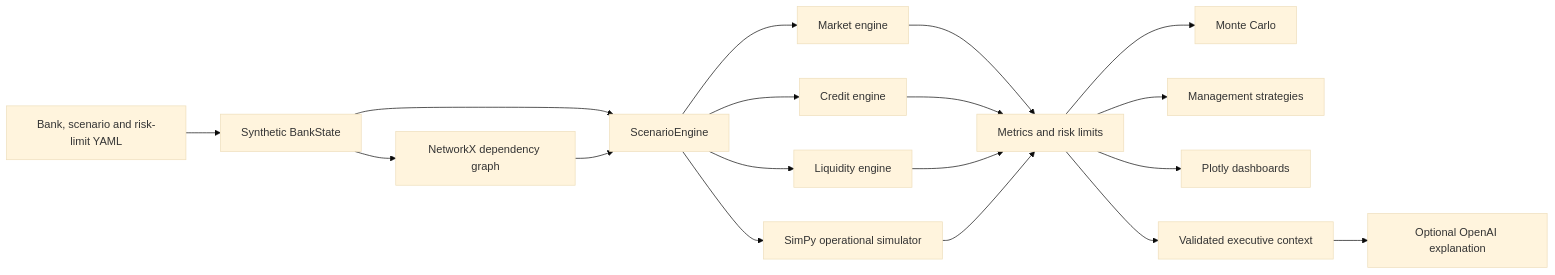
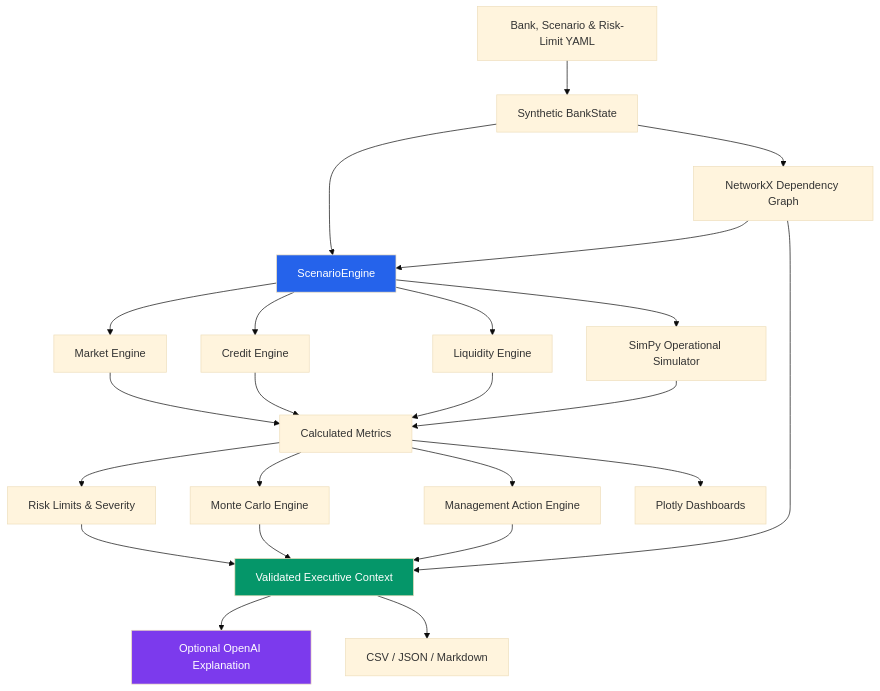
The diagram in README.md (debabratapruseth/AI-Financial-Digital-Twin), drawn with Mermaid (base theme) before and after one commit. The commit also changed other lines of this file, not shown here.

````diff
--- a/README.md
+++ b/README.md
@@ -22,23 +55,53 @@
 ```mermaid
-flowchart LR
-    YAML[Bank, scenario and risk-limit YAML] --> BANK[Synthetic BankState]
-    BANK --> GRAPH[NetworkX dependency graph]
-    BANK --> ENGINE[ScenarioEngine]
+flowchart TD
+
+    CONFIG["Bank, Scenario & Risk-Limit YAML"] --> BANK["Synthetic BankState"]
+
+    BANK --> GRAPH["NetworkX Dependency Graph"]
+
+    BANK --> ENGINE["ScenarioEngine"]
+
     GRAPH --> ENGINE
 
-    ENGINE --> MARKET[Market engine]
-    ENGINE --> CREDIT[Credit engine]
-    ENGINE --> LIQ[Liquidity engine]
-    ENGINE --> OPS[SimPy operational simulator]
+    ENGINE --> MARKET["Market Engine"]
 
-    MARKET --> KPI[Metrics and risk limits]
+    ENGINE --> CREDIT["Credit Engine"]
+
+    ENGINE --> LIQ["Liquidity Engine"]
+
+    ENGINE --> OPS["SimPy Operational Simulator"]
+
+    MARKET --> KPI["Calculated Metrics"]
+
     CREDIT --> KPI
+
     LIQ --> KPI
+
     OPS --> KPI
 
-    KPI --> MC[Monte Carlo]
-    KPI --> ACTIONS[Management strategies]
-    KPI --> VIZ[Plotly dashboards]
-    KPI --> CONTEXT[Validated executive context]
-    CONTEXT --> LLM[Optional OpenAI explanation]
+    KPI --> LIMITS["Risk Limits & Severity"]
+
+    KPI --> MC["Monte Carlo Engine"]
+
+    KPI --> ACTIONS["Management Action Engine"]
+
+    KPI --> VIZ["Plotly Dashboards"]
+
+    LIMITS --> CONTEXT["Validated Executive Context"]
+
+    MC --> CONTEXT
+
+    ACTIONS --> CONTEXT
+
+    GRAPH --> CONTEXT
+
+    CONTEXT --> LLM["Optional OpenAI Explanation"]
+
+    CONTEXT --> EXPORT["CSV / JSON / Markdown"]
+
+    style ENGINE fill:#2563eb,color:#fff
+
+    style CONTEXT fill:#059669,color:#fff
+
+    style LLM fill:#7c3aed,color:#fff
 ```
````
